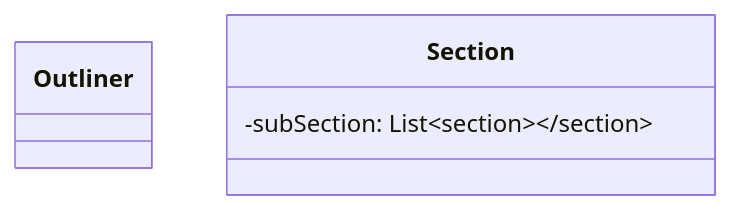
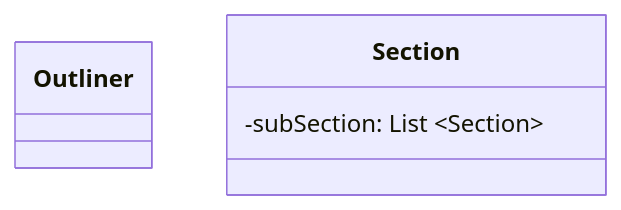
The diagram in docs/UMLTemplate.md (itsjihunpark/Microsoft-Word-Outliner-Clone), drawn with Mermaid before and after one commit.

Commit message:
Update file UMLTemplate.md

````diff
--- a/docs/UMLTemplate.md
+++ b/docs/UMLTemplate.md
@@ -24,11 +24,11 @@
 ```mermaid
 classDiagram
   
     class Outliner{
       
     }
     class Section{
-      -subSection: List<Section>
+      -subSection: List ~Section~
     }
 
 ```
````
